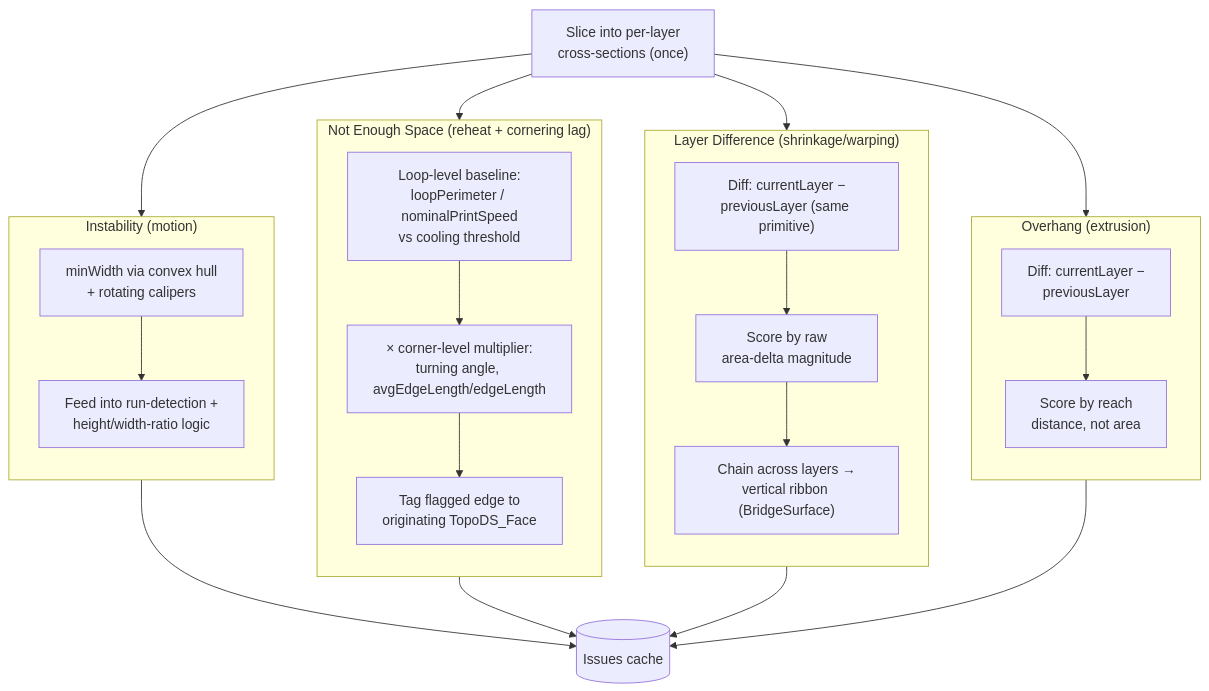
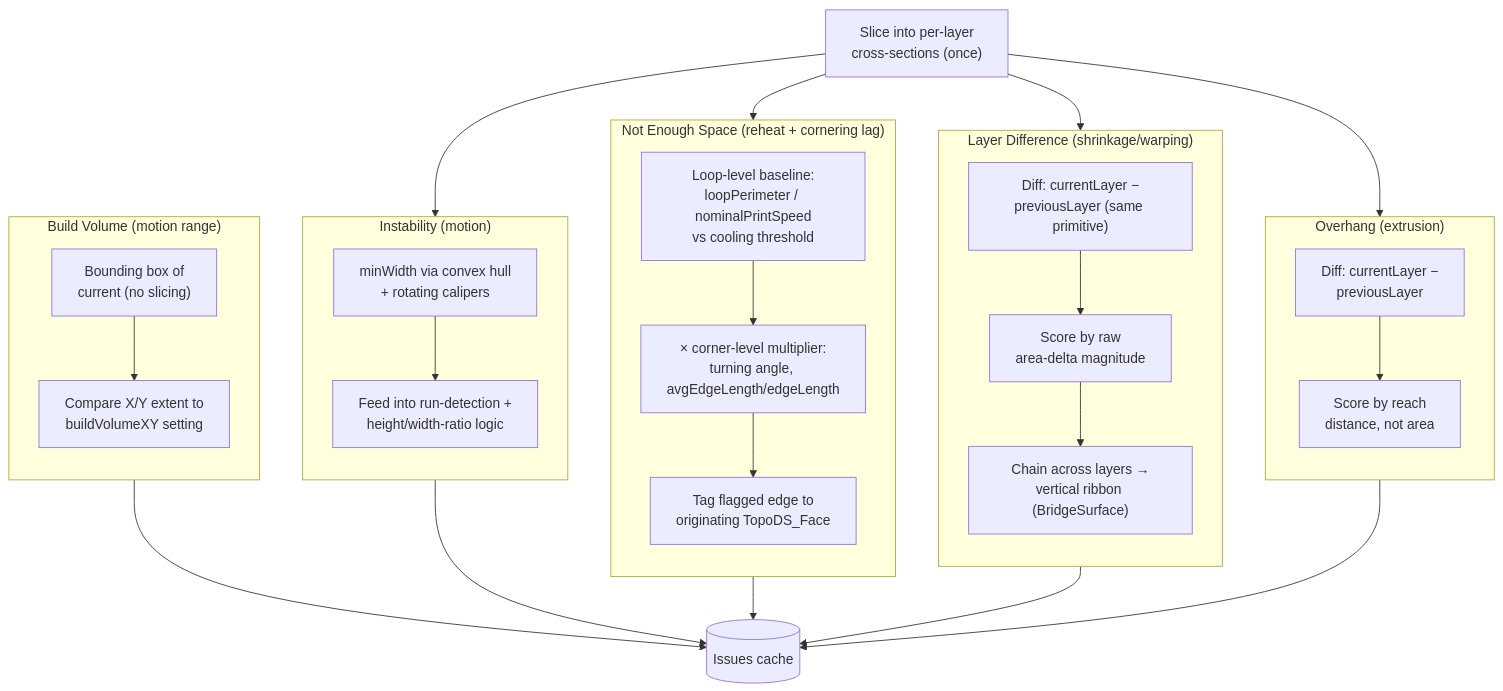
Before and after one commit to NikolaiIFedorov/3d-print-analyser: the third of 4 diagrams in docs/architecture.md, drawn with Mermaid. The commit also changed other lines of this file and 8 other files, not shown here.

````diff
--- a/docs/architecture.md
+++ b/docs/architecture.md
@@ -384,45 +466,53 @@
 ```mermaid
 flowchart TD
     Slice["Slice into per-layer<br/>cross-sections (once)"]
 
     subgraph OH["Overhang (extrusion)"]
     direction TB
     OHDiff["Diff: currentLayer −<br/>previousLayer"]
     OHScore["Score by reach<br/>distance, not area"]
     OHDiff --> OHScore
     end
 
     subgraph LD["Layer Difference (shrinkage/warping)"]
     direction TB
     LDDiff["Diff: currentLayer −<br/>previousLayer (same primitive)"]
     LDScore["Score by raw<br/>area-delta magnitude"]
     LDMap["Chain across layers →<br/>vertical ribbon (BridgeSurface)"]
     LDDiff --> LDScore --> LDMap
     end
 
     subgraph NES["Not Enough Space (reheat + cornering lag)"]
     direction TB
     NESBase["Loop-level baseline:<br/>loopPerimeter / nominalPrintSpeed<br/>vs cooling threshold"]
     NESMult["× corner-level multiplier:<br/>turning angle, avgEdgeLength/edgeLength"]
     NESMap["Tag flagged edge to<br/>originating TopoDS_Face"]
     NESBase --> NESMult --> NESMap
     end
 
     subgraph INS["Instability (motion)"]
     direction TB
     INSCompute["minWidth via convex hull<br/>+ rotating calipers"]
     INSScore["Feed into run-detection +<br/>height/width-ratio logic"]
     INSCompute --> INSScore
     end
 
+    subgraph BV["Build Volume (motion range)"]
+    direction TB
+    BVCompute["Bounding box of<br/>current (no slicing)"]
+    BVScore["Compare X/Y extent to<br/>buildVolumeXY setting"]
+    BVCompute --> BVScore
+    end
+
     Issues[("Issues cache")]
 
     Slice --> OHDiff
     Slice --> LDDiff
     Slice --> NESBase
     Slice --> INSCompute
     OHScore --> Issues
     LDMap --> Issues
     NESMap --> Issues
     INSScore --> Issues
+    BVScore --> Issues
 ```
````
